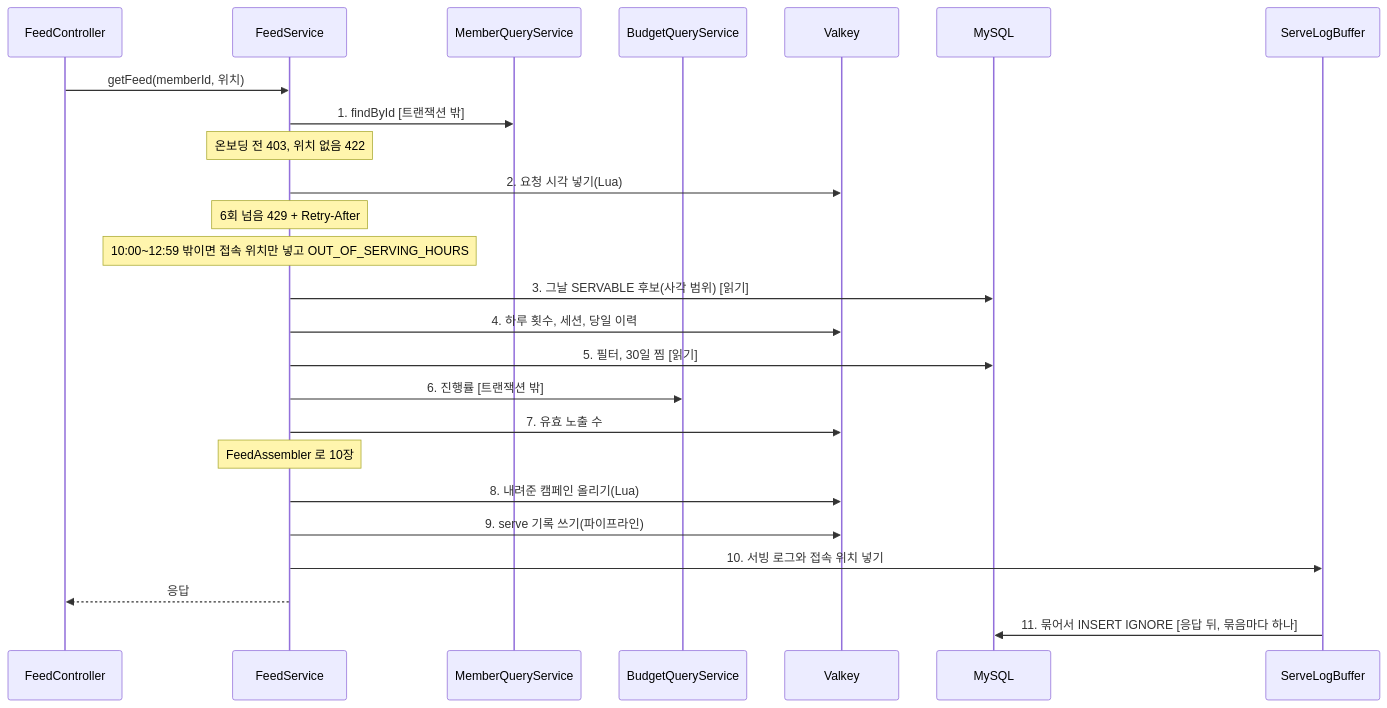
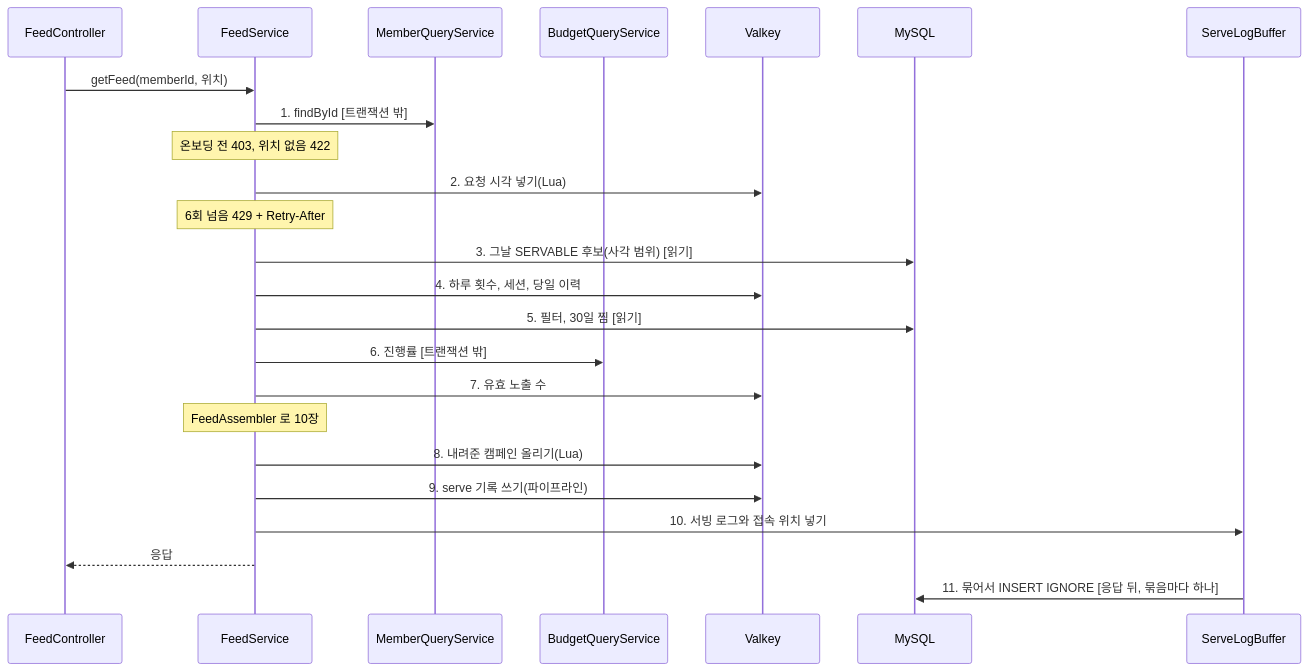
Before and after one commit to lunch-catch/lc-backend: the second of 5 diagrams in docs/design/adserving/adserving_구조와_동작_설계.md, drawn with Mermaid. The commit also changed other lines of this file and 18 other files, not shown here.

````diff
--- a/docs/design/adserving/adserving_구조와_동작_설계.md
+++ b/docs/design/adserving/adserving_구조와_동작_설계.md
@@ -350,27 +352,26 @@
 ```mermaid
 sequenceDiagram
     participant C as FeedController
     participant S as FeedService
     participant M as MemberQueryService
     participant B as BudgetQueryService
     participant V as Valkey
     participant DB as MySQL
     participant W as ServeLogBuffer
     C->>S: getFeed(memberId, 위치)
     S->>M: 1. findById [트랜잭션 밖]
     Note over S: 온보딩 전 403, 위치 없음 422
     S->>V: 2. 요청 시각 넣기(Lua)
     Note over S: 6회 넘음 429 + Retry-After
-    Note over S: 10:00~12:59 밖이면 접속 위치만 넣고 OUT_OF_SERVING_HOURS
     S->>DB: 3. 그날 SERVABLE 후보(사각 범위) [읽기]
     S->>V: 4. 하루 횟수, 세션, 당일 이력
     S->>DB: 5. 필터, 30일 찜 [읽기]
     S->>B: 6. 진행률 [트랜잭션 밖]
     S->>V: 7. 유효 노출 수
     Note over S: FeedAssembler 로 10장
     S->>V: 8. 내려준 캠페인 올리기(Lua)
     S->>V: 9. serve 기록 쓰기(파이프라인)
     S->>W: 10. 서빙 로그와 접속 위치 넣기
     S-->>C: 응답
     W->>DB: 11. 묶어서 INSERT IGNORE [응답 뒤, 묶음마다 하나]
 ```
````
